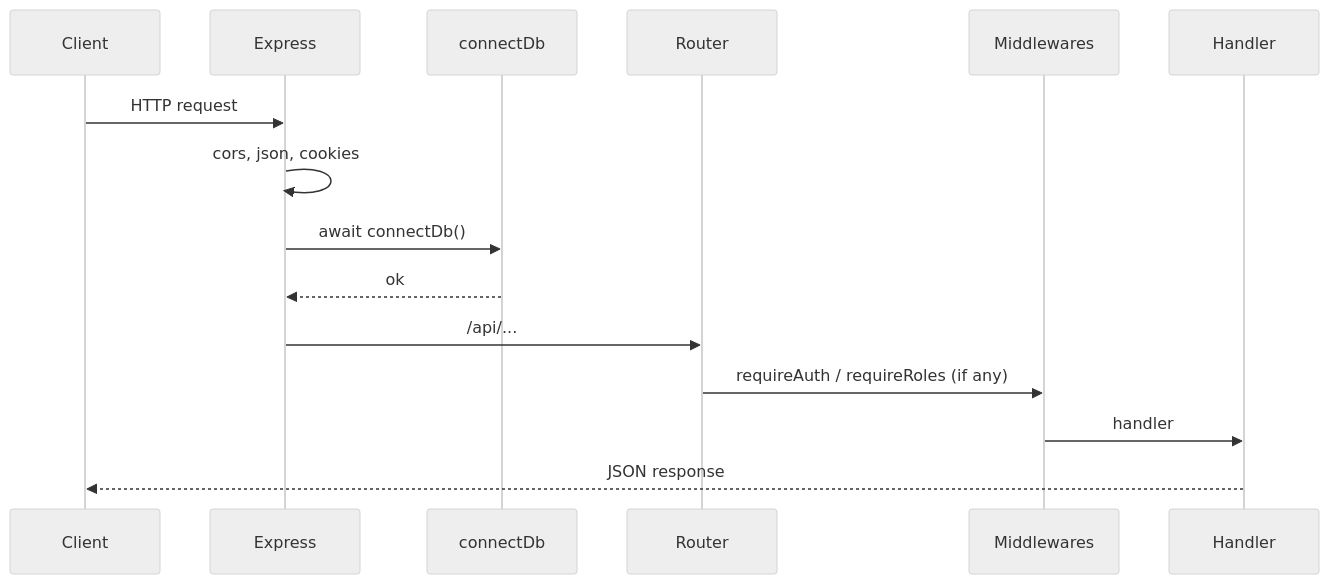
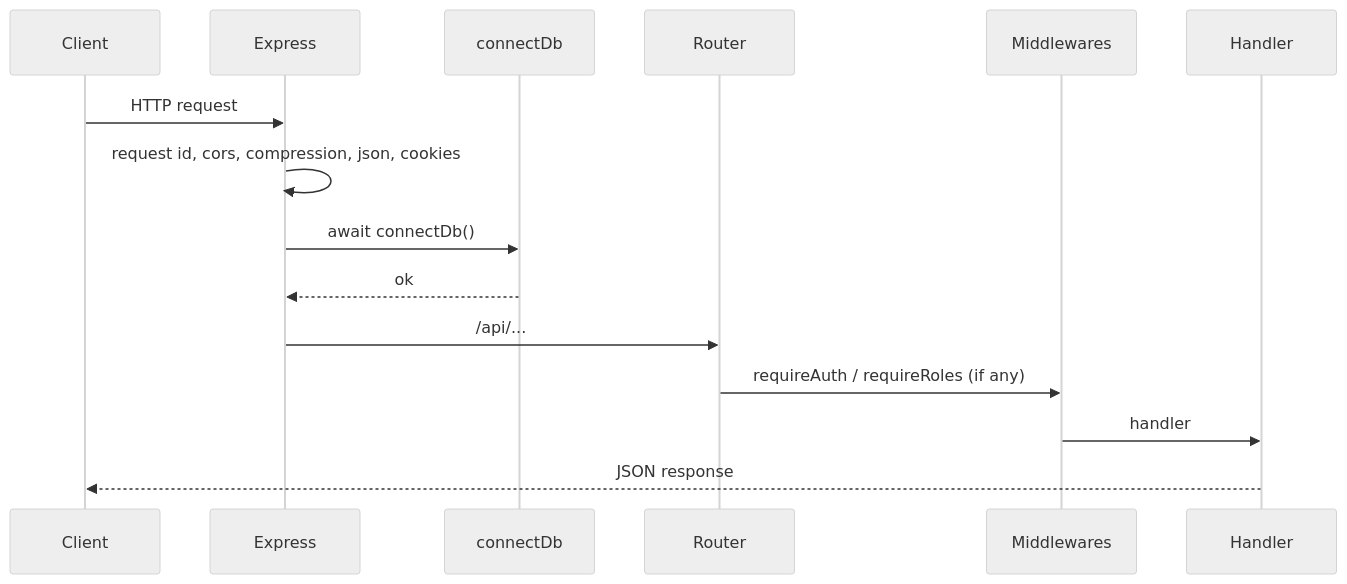
Before and after one commit to harsh-85293/Finance-Data-Processing-and-Access-Control-Backend: the second of 4 diagrams in docs/system-design.md, drawn with Mermaid (neutral theme). The commit also changed other lines of this file and 18 other files, not shown here.

````diff
--- a/docs/system-design.md
+++ b/docs/system-design.md
@@ -141,18 +143,18 @@
 ```mermaid
 sequenceDiagram
   participant C as Client
   participant E as Express
   participant DB as connectDb
   participant R as Router
   participant M as Middlewares
   participant H as Handler
 
   C->>E: HTTP request
-  E->>E: cors, json, cookies
+  E->>E: request id, cors, compression, json, cookies
   E->>DB: await connectDb()
   DB-->>E: ok
   E->>R: /api/...
   R->>M: requireAuth / requireRoles (if any)
   M->>H: handler
   H-->>C: JSON response
 ```
````
